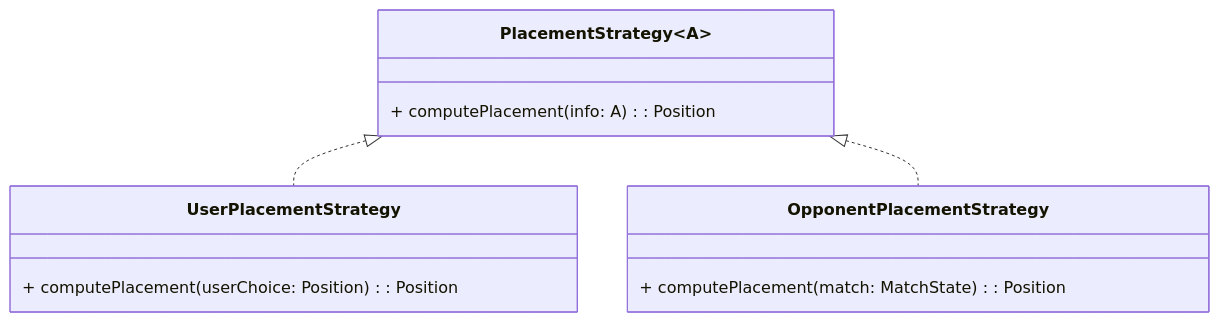
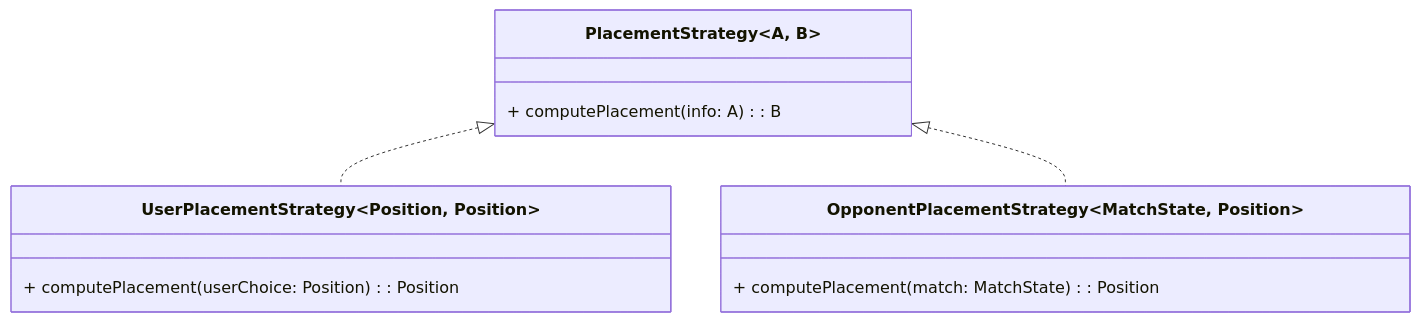
Before and after one commit to Borgotto/PPS-25-scalatello: the fifth of 14 diagrams in docs/report/5-detailed-design.md, drawn with Mermaid. The commit also changed other lines of this file, not shown here.

First line of the commit message:
Add sequence diagram to PlacementStrategy

````diff
--- a/docs/report/5-detailed-design.md
+++ b/docs/report/5-detailed-design.md
@@ -158,15 +151,15 @@
 ```mermaid
 classDiagram
-    class PlacementStrategy~A~ {
-        + computePlacement(info: A): Position
+    class PlacementStrategy~A, B~ {
+        + computePlacement(info: A): B
     }
-    class UserPlacementStrategy {
+    class UserPlacementStrategy~Position, Position~ {
         + computePlacement(userChoice: Position): Position
     }
-    class OpponentPlacementStrategy {
+    class OpponentPlacementStrategy~MatchState, Position~ {
         + computePlacement(match: MatchState): Position
     }
 
     PlacementStrategy <|.. UserPlacementStrategy
     PlacementStrategy <|.. OpponentPlacementStrategy
 ```
````
